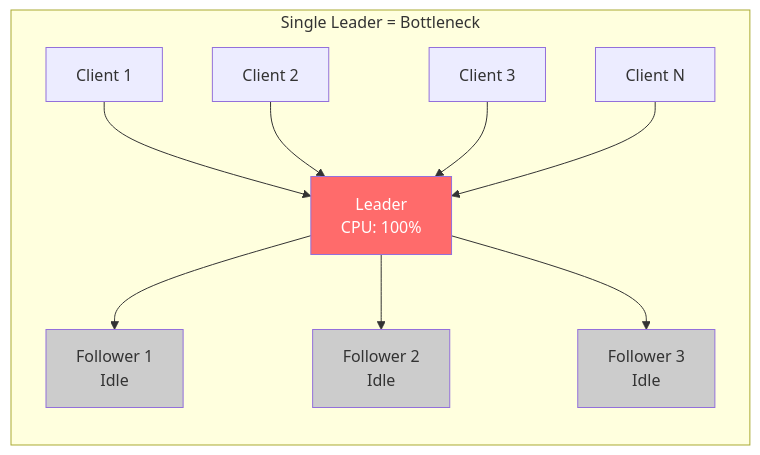
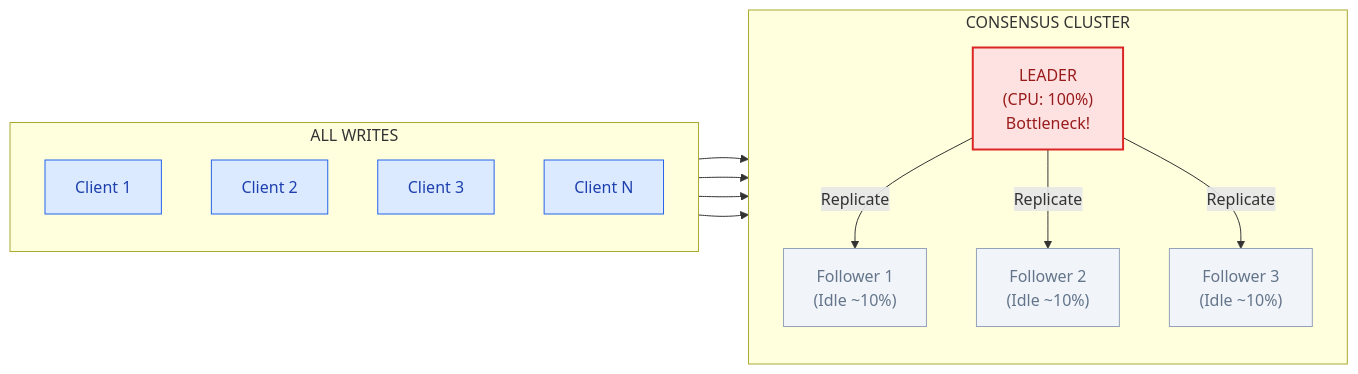
One commit to udaytamma/Cyrus changed the third of 3 diagrams in gemini-responses/paxos-and-raft-20260120-1256.md. Above: the diagram before and after it, drawn with Mermaid. The commit also changed other lines of this file and 28 other files, not shown here.

First line of the commit message:
Upgrade Knowledge Base Mermaid diagrams to professional styling

````diff
--- a/gemini-responses/paxos-and-raft-20260120-1256.md
+++ b/gemini-responses/paxos-and-raft-20260120-1256.md
@@ -198,17 +218,35 @@
 ```mermaid
 flowchart LR
-    subgraph "Single Leader = Bottleneck"
-        C1[Client 1] --> L[Leader<br/>CPU: 100%]
-        C2[Client 2] --> L
-        C3[Client 3] --> L
-        C4[Client N] --> L
-        L --> F1[Follower 1<br/>Idle]
-        L --> F2[Follower 2<br/>Idle]
-        L --> F3[Follower 3<br/>Idle]
+    subgraph CLIENTS["ALL WRITES"]
+        direction TB
+        C1["Client 1"]
+        C2["Client 2"]
+        C3["Client 3"]
+        C4["Client N"]
     end
 
-    style L fill:#ff6b6b,color:#fff
-    style F1 fill:#ccc
-    style F2 fill:#ccc
-    style F3 fill:#ccc
+    subgraph CONSENSUS["CONSENSUS CLUSTER"]
+        direction TB
+        L["LEADER\n(CPU: 100%)\nBottleneck!"]
+        F1["Follower 1\n(Idle ~10%)"]
+        F2["Follower 2\n(Idle ~10%)"]
+        F3["Follower 3\n(Idle ~10%)"]
+    end
+
+    C1 --> L
+    C2 --> L
+    C3 --> L
+    C4 --> L
+    L -->|"Replicate"| F1
+    L -->|"Replicate"| F2
+    L -->|"Replicate"| F3
+
+    %% Theme-compatible styling
+    classDef client fill:#dbeafe,stroke:#2563eb,color:#1e40af,stroke-width:1px
+    classDef leader fill:#fee2e2,stroke:#dc2626,color:#991b1b,stroke-width:2px
+    classDef follower fill:#f1f5f9,stroke:#94a3b8,color:#64748b,stroke-width:1px
+
+    class C1,C2,C3,C4 client
+    class L leader
+    class F1,F2,F3 follower
 ```
````
